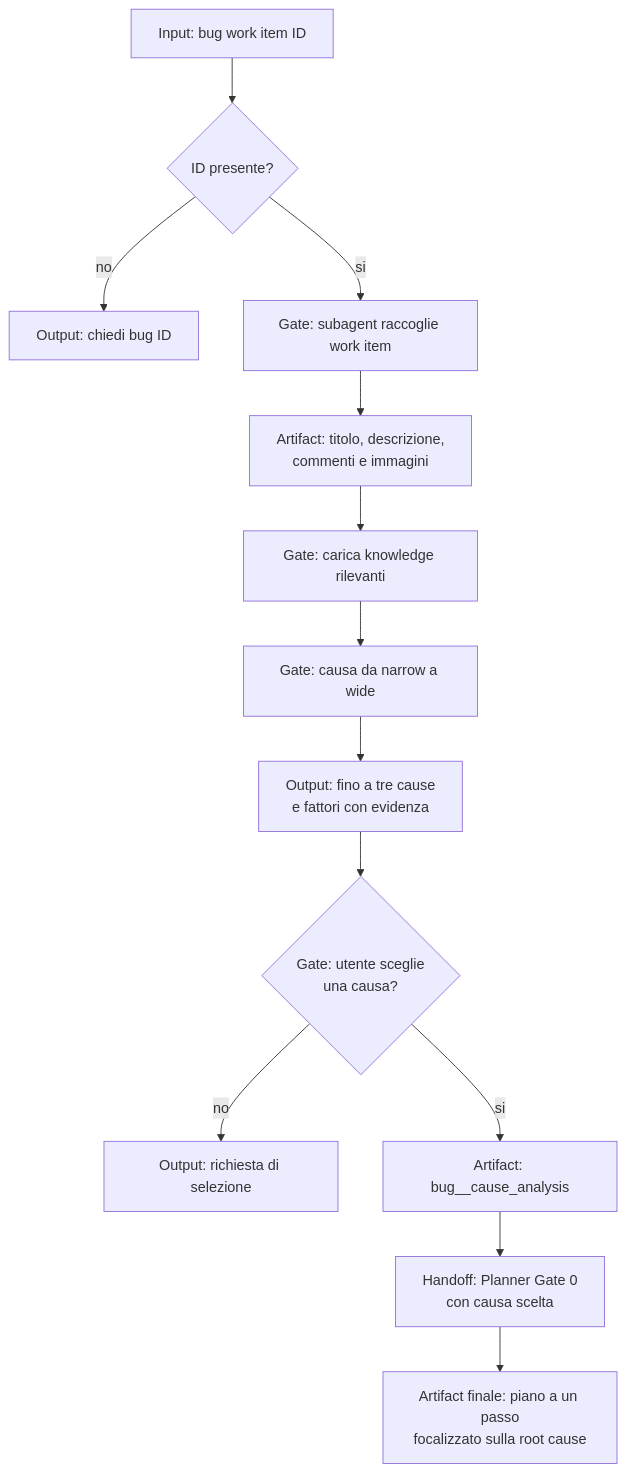
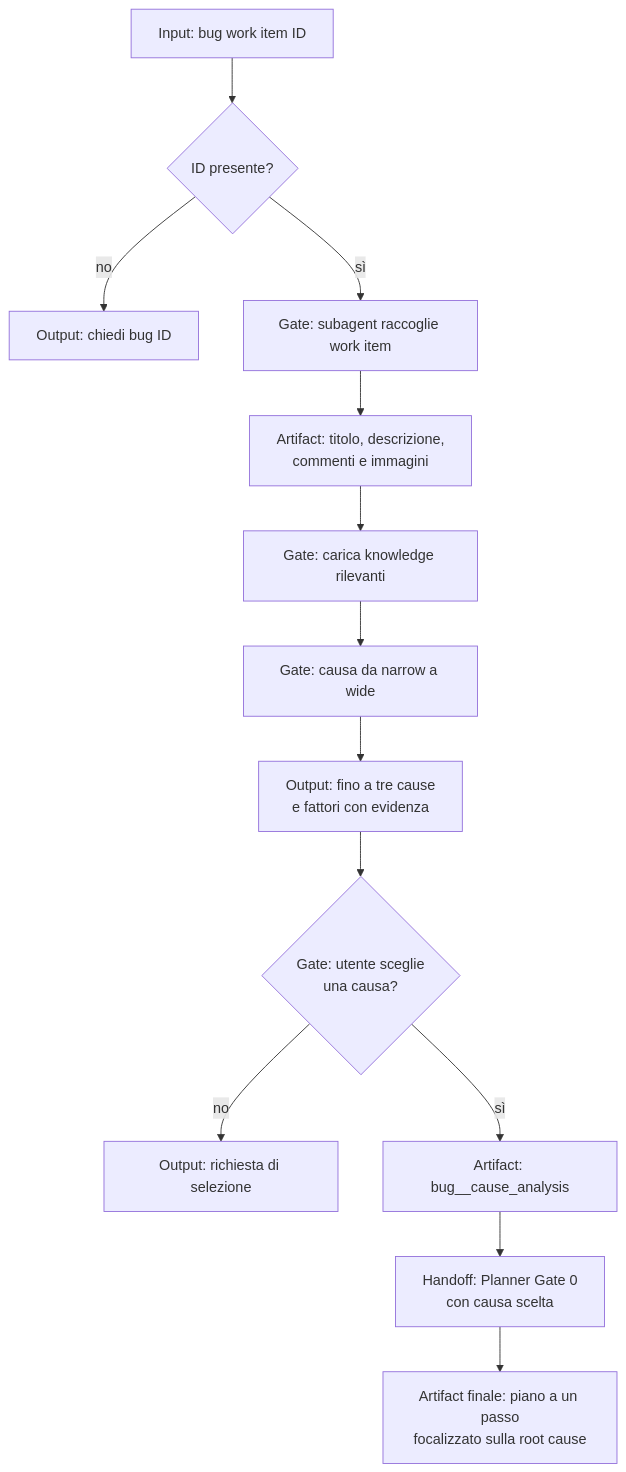
One commit to violabg/agentic-system-lessons changed the diagram in role-maps/skills/plan-bug-from-id.md. Above: the diagram before and after it, drawn with Mermaid. The commit also changed other lines of this file and 51 other files, not shown here.

````diff
--- a/role-maps/skills/plan-bug-from-id.md
+++ b/role-maps/skills/plan-bug-from-id.md
@@ -15,15 +17,15 @@
 ```mermaid
 flowchart TD
     BugId[Input: bug work item ID] --> G0{ID presente?}
     G0 -->|no| Ask[Output: chiedi bug ID]
-    G0 -->|si| Gather[Gate: subagent raccoglie work item]
+    G0 -->|sì| Gather[Gate: subagent raccoglie work item]
     Gather --> BugArtifact[Artifact: titolo, descrizione,<br/>commenti e immagini]
     BugArtifact --> Knowledge[Gate: carica knowledge rilevanti]
     Knowledge --> Investigate[Gate: causa da narrow a wide]
     Investigate --> Causes[Output: fino a tre cause<br/>e fattori con evidenza]
     Causes --> Select{Gate: utente sceglie<br/>una causa?}
     Select -->|no| AskCause[Output: richiesta di selezione]
-    Select -->|si| Record[Artifact: bug_<id>_cause_analysis]
+    Select -->|sì| Record[Artifact: bug_<id>_cause_analysis]
     Record --> Planner[Handoff: Planner Gate 0<br/>con causa scelta]
     Planner --> Plan[Artifact finale: piano a un passo<br/>focalizzato sulla root cause]
 ```
````
